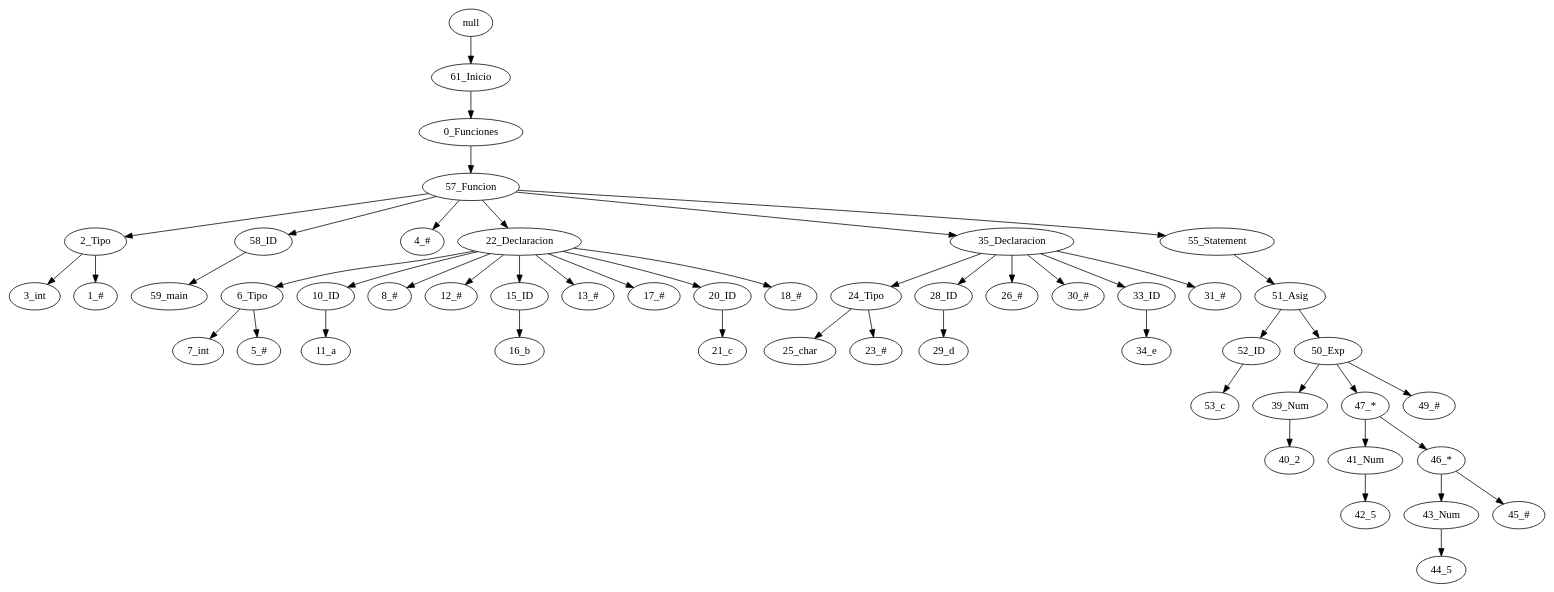
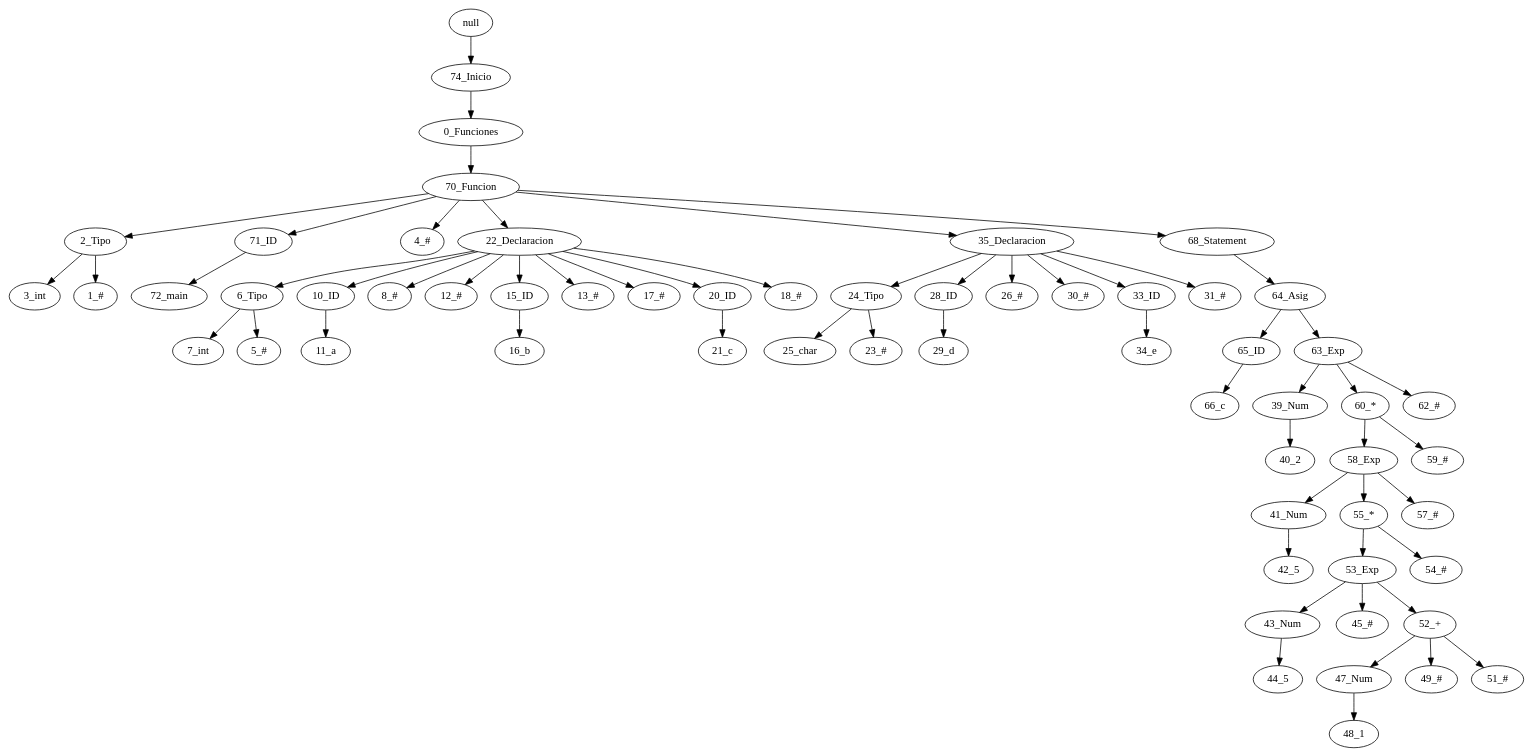
The diagram in Interfaz/src/Analizador/generado.dot (IlianaPinto/Mini-C), drawn with Graphviz before and after one commit. The commit also changed 1 other file, not shown here.

```diff
--- a/Interfaz/src/Analizador/generado.dot
+++ b/Interfaz/src/Analizador/generado.dot
@@ -1,52 +1,62 @@
 digraph {
-"null" -> "61_Inicio";
-"61_Inicio" -> "0_Funciones";
-"0_Funciones" -> "57_Funcion";
-"57_Funcion" -> "2_Tipo";
+"null" -> "74_Inicio";
+"74_Inicio" -> "0_Funciones";
+"0_Funciones" -> "70_Funcion";
+"70_Funcion" -> "2_Tipo";
 "2_Tipo" -> "3_int";
 "2_Tipo" -> "1_#";
-"57_Funcion" -> "58_ID";
-"58_ID" -> "59_main";
-"57_Funcion" -> "4_#";
-"57_Funcion" -> "22_Declaracion";
+"70_Funcion" -> "71_ID";
+"71_ID" -> "72_main";
+"70_Funcion" -> "4_#";
+"70_Funcion" -> "22_Declaracion";
 "22_Declaracion" -> "6_Tipo";
 "6_Tipo" -> "7_int";
 "6_Tipo" -> "5_#";
 "22_Declaracion" -> "10_ID";
 "10_ID" -> "11_a";
 "22_Declaracion" -> "8_#";
 "22_Declaracion" -> "12_#";
 "22_Declaracion" -> "15_ID";
 "15_ID" -> "16_b";
 "22_Declaracion" -> "13_#";
 "22_Declaracion" -> "17_#";
 "22_Declaracion" -> "20_ID";
 "20_ID" -> "21_c";
 "22_Declaracion" -> "18_#";
-"57_Funcion" -> "35_Declaracion";
+"70_Funcion" -> "35_Declaracion";
 "35_Declaracion" -> "24_Tipo";
 "24_Tipo" -> "25_char";
 "24_Tipo" -> "23_#";
 "35_Declaracion" -> "28_ID";
 "28_ID" -> "29_d";
 "35_Declaracion" -> "26_#";
 "35_Declaracion" -> "30_#";
 "35_Declaracion" -> "33_ID";
 "33_ID" -> "34_e";
 "35_Declaracion" -> "31_#";
-"57_Funcion" -> "55_Statement";
-"55_Statement" -> "51_Asig";
-"51_Asig" -> "52_ID";
-"52_ID" -> "53_c";
-"51_Asig" -> "50_Exp";
-"50_Exp" -> "39_Num";
+"70_Funcion" -> "68_Statement";
+"68_Statement" -> "64_Asig";
+"64_Asig" -> "65_ID";
+"65_ID" -> "66_c";
+"64_Asig" -> "63_Exp";
+"63_Exp" -> "39_Num";
 "39_Num" -> "40_2";
-"50_Exp" -> "47_*";
-"47_*" -> "41_Num";
+"63_Exp" -> "60_*";
+"60_*" -> "58_Exp";
+"58_Exp" -> "41_Num";
 "41_Num" -> "42_5";
-"47_*" -> "46_*";
-"46_*" -> "43_Num";
+"58_Exp" -> "55_*";
+"55_*" -> "53_Exp";
+"53_Exp" -> "43_Num";
 "43_Num" -> "44_5";
-"46_*" -> "45_#";
-"50_Exp" -> "49_#";
+"53_Exp" -> "45_#";
+"53_Exp" -> "52_+";
+"52_+" -> "47_Num";
+"47_Num" -> "48_1";
+"52_+" -> "49_#";
+"52_+" -> "51_#";
+"55_*" -> "54_#";
+"58_Exp" -> "57_#";
+"60_*" -> "59_#";
+"63_Exp" -> "62_#";
 }
```
